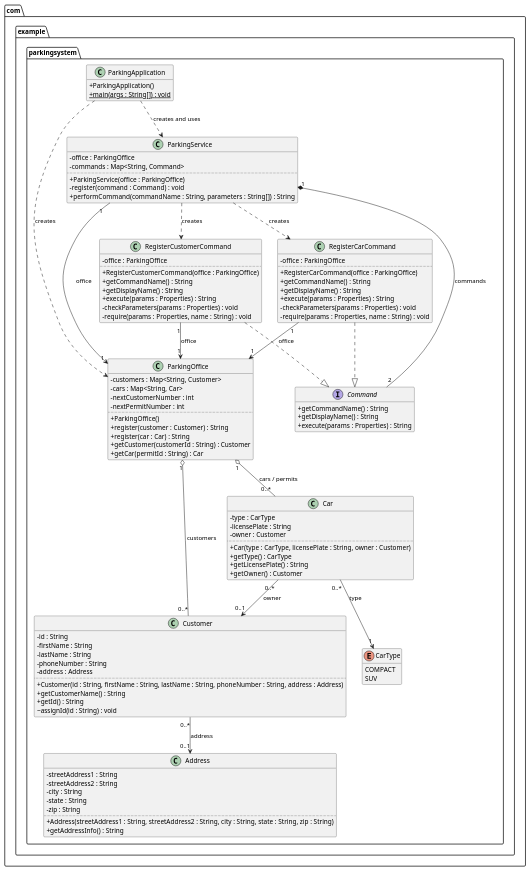
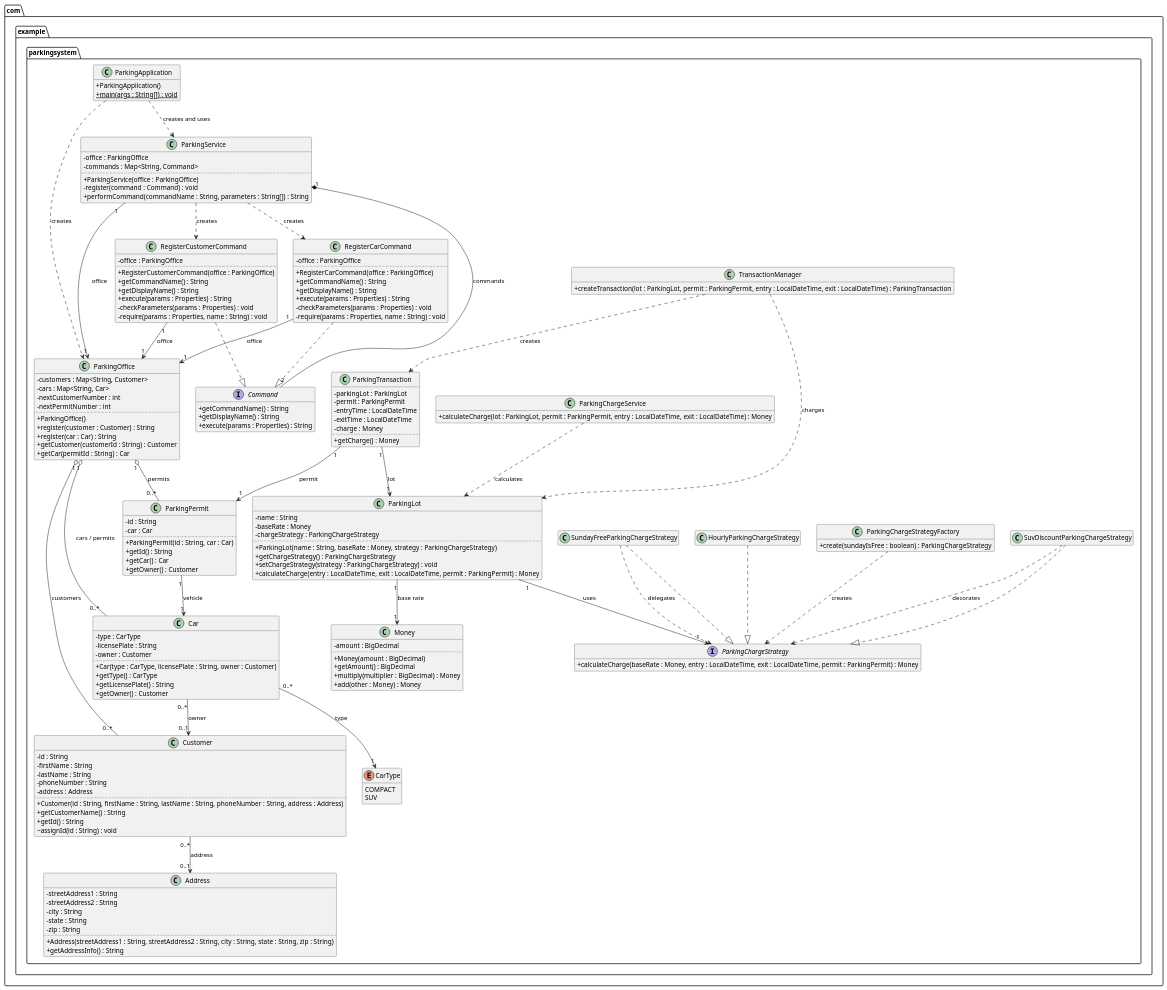
The diagram in ParkingSystem.puml (anthony-martDU/ICT-4315-1), drawn with PlantUML before and after one commit. The commit also changed 18 other files, not shown here.

```diff
--- a/ParkingSystem.puml
+++ b/ParkingSystem.puml
@@ -15,6 +15,65 @@
     enum CarType {
         COMPACT
         SUV
+    }
+
+    class Money {
+        -amount : BigDecimal
+        ..
+        +Money(amount : BigDecimal)
+        +getAmount() : BigDecimal
+        +multiply(multiplier : BigDecimal) : Money
+        +add(other : Money) : Money
+    }
+
+    class ParkingPermit {
+        -id : String
+        -car : Car
+        ..
+        +ParkingPermit(id : String, car : Car)
+        +getId() : String
+        +getCar() : Car
+        +getOwner() : Customer
+    }
+
+    class ParkingLot {
+        -name : String
+        -baseRate : Money
+        -chargeStrategy : ParkingChargeStrategy
+        ..
+        +ParkingLot(name : String, baseRate : Money, strategy : ParkingChargeStrategy)
+        +getChargeStrategy() : ParkingChargeStrategy
+        +setChargeStrategy(strategy : ParkingChargeStrategy) : void
+        +calculateCharge(entry : LocalDateTime, exit : LocalDateTime, permit : ParkingPermit) : Money
+    }
+
+    interface ParkingChargeStrategy {
+        +calculateCharge(baseRate : Money, entry : LocalDateTime, exit : LocalDateTime, permit : ParkingPermit) : Money
+    }
+
+    class HourlyParkingChargeStrategy
+    class SundayFreeParkingChargeStrategy
+    class SuvDiscountParkingChargeStrategy
+    class ParkingChargeStrategyFactory {
+        +create(sundayIsFree : boolean) : ParkingChargeStrategy
+    }
+
+    class ParkingTransaction {
+        -parkingLot : ParkingLot
+        -permit : ParkingPermit
+        -entryTime : LocalDateTime
+        -exitTime : LocalDateTime
+        -charge : Money
+        ..
+        +getCharge() : Money
+    }
+
+    class TransactionManager {
+        +createTransaction(lot : ParkingLot, permit : ParkingPermit, entry : LocalDateTime, exit : LocalDateTime) : ParkingTransaction
+    }
+
+    class ParkingChargeService {
+        +calculateCharge(lot : ParkingLot, permit : ParkingPermit, entry : LocalDateTime, exit : LocalDateTime) : Money
     }
 
     class Address {
@@ -105,6 +164,9 @@
 ' Interface implementation
 RegisterCustomerCommand ..|> Command
 RegisterCarCommand ..|> Command
+HourlyParkingChargeStrategy ..|> ParkingChargeStrategy
+SundayFreeParkingChargeStrategy ..|> ParkingChargeStrategy
+SuvDiscountParkingChargeStrategy ..|> ParkingChargeStrategy
 
 ' Object relationships and dependencies
 ParkingService "1" *-- "2" Command : commands
@@ -117,9 +179,22 @@
 
 ParkingOffice "1" o-- "0..*" Customer : customers
 ParkingOffice "1" o-- "0..*" Car : cars / permits
+ParkingOffice "1" o-- "0..*" ParkingPermit : permits
 Car "0..*" --> "0..1" Customer : owner
+ParkingPermit "1" --> "1" Car : vehicle
 Customer "0..*" --> "0..1" Address : address
 Car "0..*" --> "1" CarType : type
+
+ParkingLot "1" --> "1" Money : base rate
+ParkingLot "1" --> "1" ParkingChargeStrategy : uses
+ParkingTransaction "1" --> "1" ParkingLot : lot
+ParkingTransaction "1" --> "1" ParkingPermit : permit
+TransactionManager ..> ParkingLot : charges
+TransactionManager ..> ParkingTransaction : creates
+ParkingChargeService ..> ParkingLot : calculates
+ParkingChargeStrategyFactory ..> ParkingChargeStrategy : creates
+SundayFreeParkingChargeStrategy ..> ParkingChargeStrategy : delegates
+SuvDiscountParkingChargeStrategy ..> ParkingChargeStrategy : decorates
 
 ParkingApplication ..> ParkingOffice : creates
 ParkingApplication ..> ParkingService : creates and uses
```
